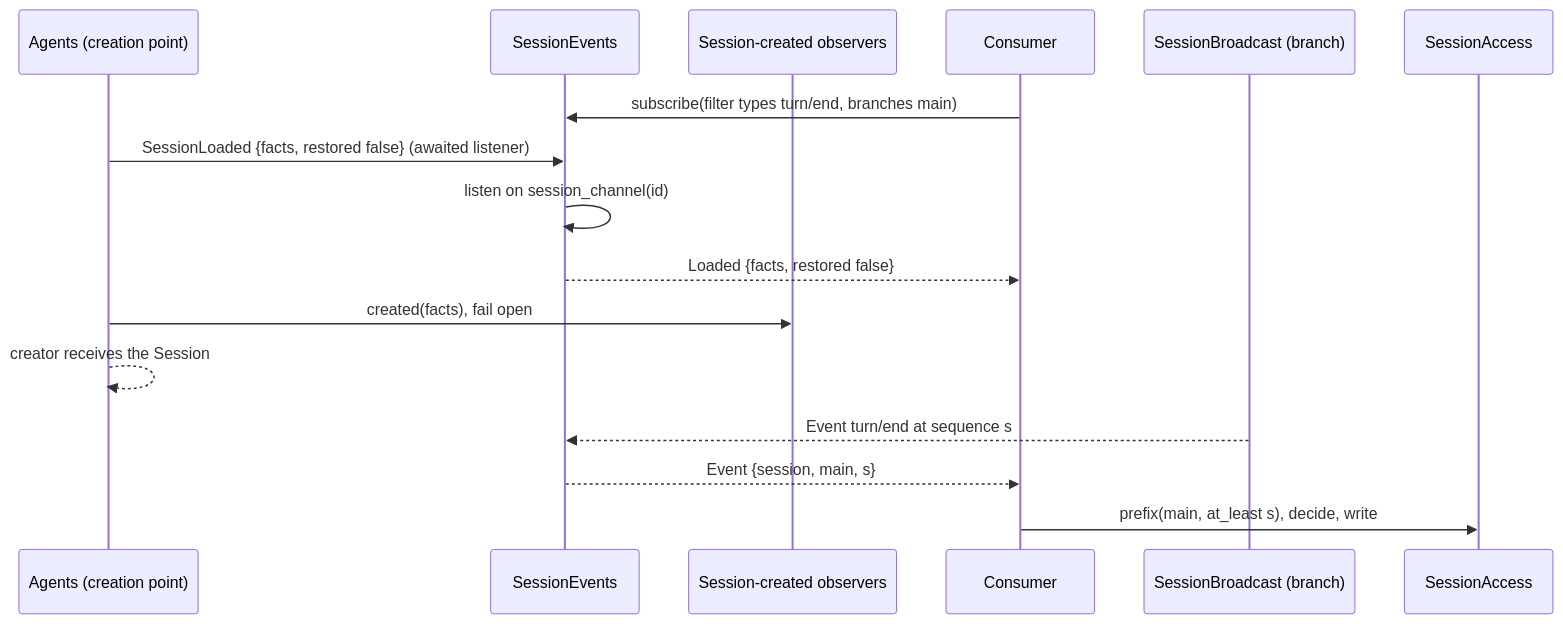
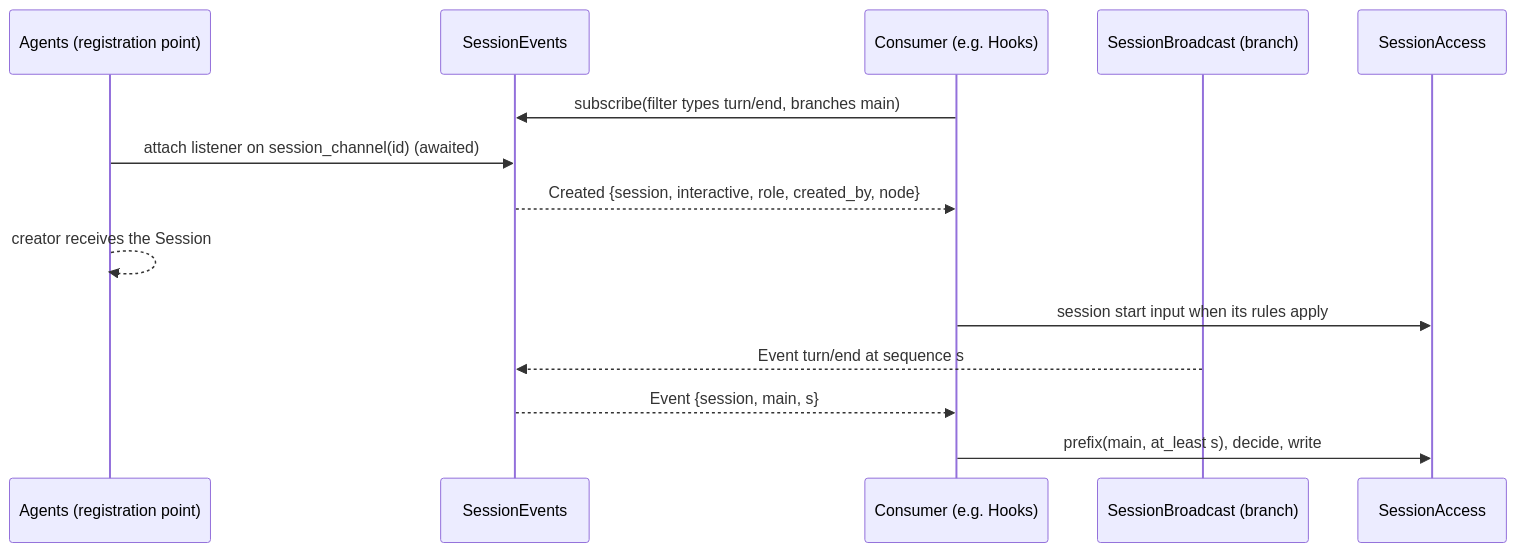
One commit to CoutinhoTTS/dim-agent changed the third of 5 diagrams in docs/design/contracts/session-broadcast-subscription.md. Above: the diagram before and after it, drawn with Mermaid. The commit also changed other lines of this file and 4 other files, not shown here.

````diff
--- a/docs/design/contracts/session-broadcast-subscription.md
+++ b/docs/design/contracts/session-broadcast-subscription.md
@@ -91,18 +75,16 @@
 ```mermaid
 sequenceDiagram
-  participant A as Agents (creation point)
+  participant A as Agents (registration point)
   participant SE as SessionEvents
-  participant O as Session-created observers
-  participant C as Consumer
+  participant C as Consumer (e.g. Hooks)
   participant B as SessionBroadcast (branch)
   participant SA as SessionAccess
   C->>SE: subscribe(filter types turn/end, branches main)
-  A->>SE: SessionLoaded {facts, restored false} (awaited listener)
-  SE->>SE: listen on session_channel(id)
-  SE-->>C: Loaded {facts, restored false}
-  A->>O: created(facts), fail open
+  A->>SE: attach listener on session_channel(id) (awaited)
+  SE-->>C: Created {session, interactive, role, created_by, node}
   A-->>A: creator receives the Session
+  C->>SA: session start input when its rules apply
   B-->>SE: Event turn/end at sequence s
   SE-->>C: Event {session, main, s}
   C->>SA: prefix(main, at_least s), decide, write
 ```
````
